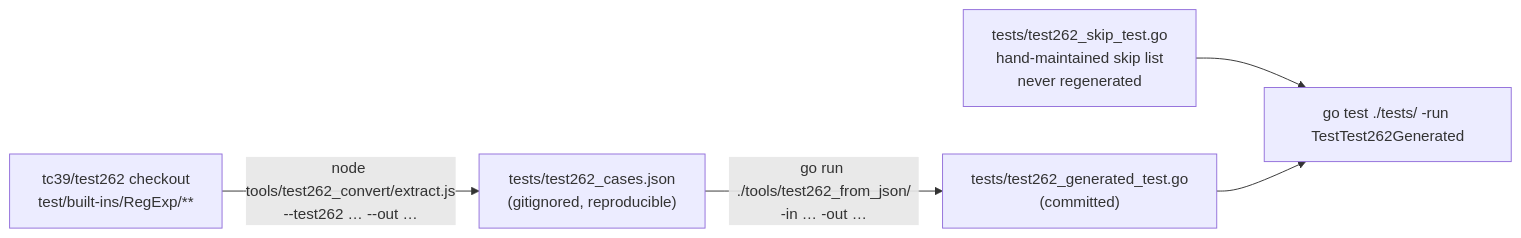
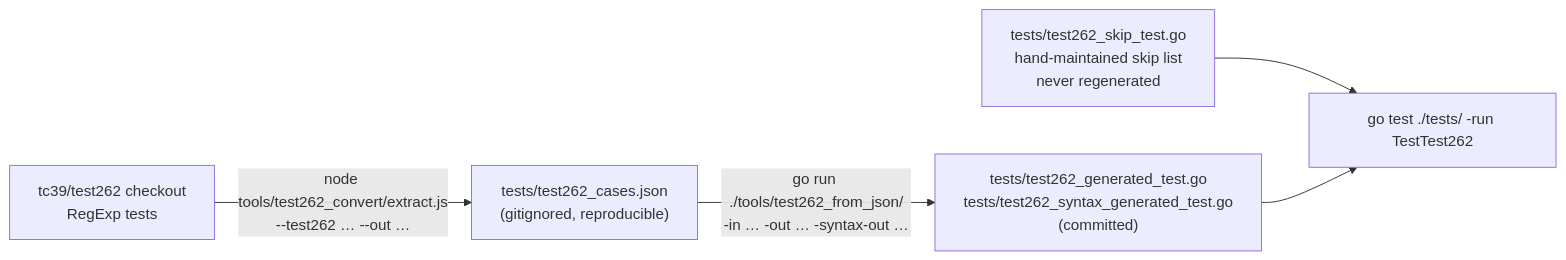
One commit to mgilbir/goecma262 changed the diagram in CONTRIBUTING.md. Above: the diagram before and after it, drawn with Mermaid. The commit also changed other lines of this file and 6 other files, not shown here.

First line of the commit message:
Extract Test262's syntax cases, assert() and compareArray checks

````diff
--- a/CONTRIBUTING.md
+++ b/CONTRIBUTING.md
@@ -34,8 +36,8 @@
 ```mermaid
 flowchart LR
-    T262["tc39/test262 checkout<br/>test/built-ins/RegExp/**"]
+    T262["tc39/test262 checkout<br/>RegExp tests"]
     T262 -->|"node tools/test262_convert/extract.js<br/>--test262 … --out …"| JSON["tests/test262_cases.json<br/>(gitignored, reproducible)"]
-    JSON -->|"go run ./tools/test262_from_json/<br/>-in … -out …"| GEN["tests/test262_generated_test.go<br/>(committed)"]
+    JSON -->|"go run ./tools/test262_from_json/<br/>-in … -out … -syntax-out …"| GEN["tests/test262_generated_test.go<br/>tests/test262_syntax_generated_test.go<br/>(committed)"]
     SKIP["tests/test262_skip_test.go<br/>hand-maintained skip list<br/>never regenerated"] --> RUN
-    GEN --> RUN["go test ./tests/ -run TestTest262Generated"]
+    GEN --> RUN["go test ./tests/ -run TestTest262"]
 ```
````
